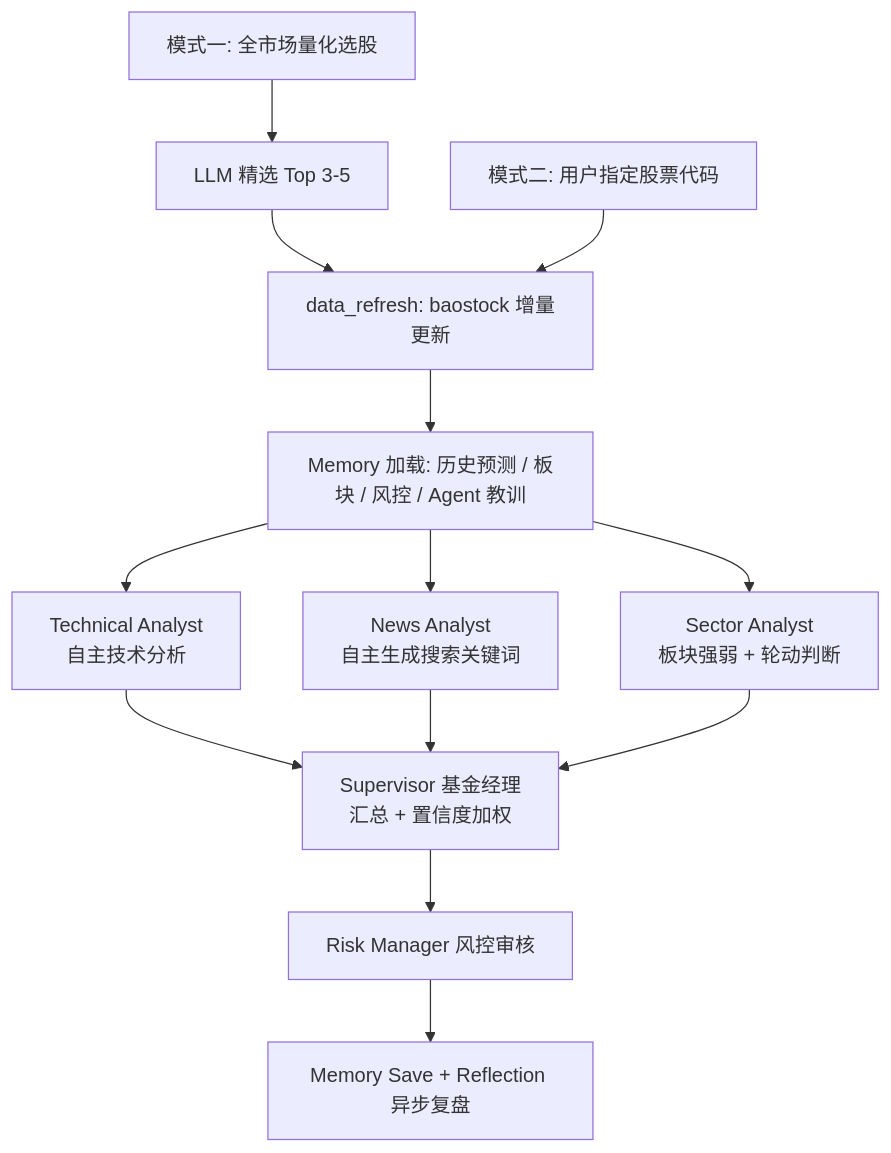
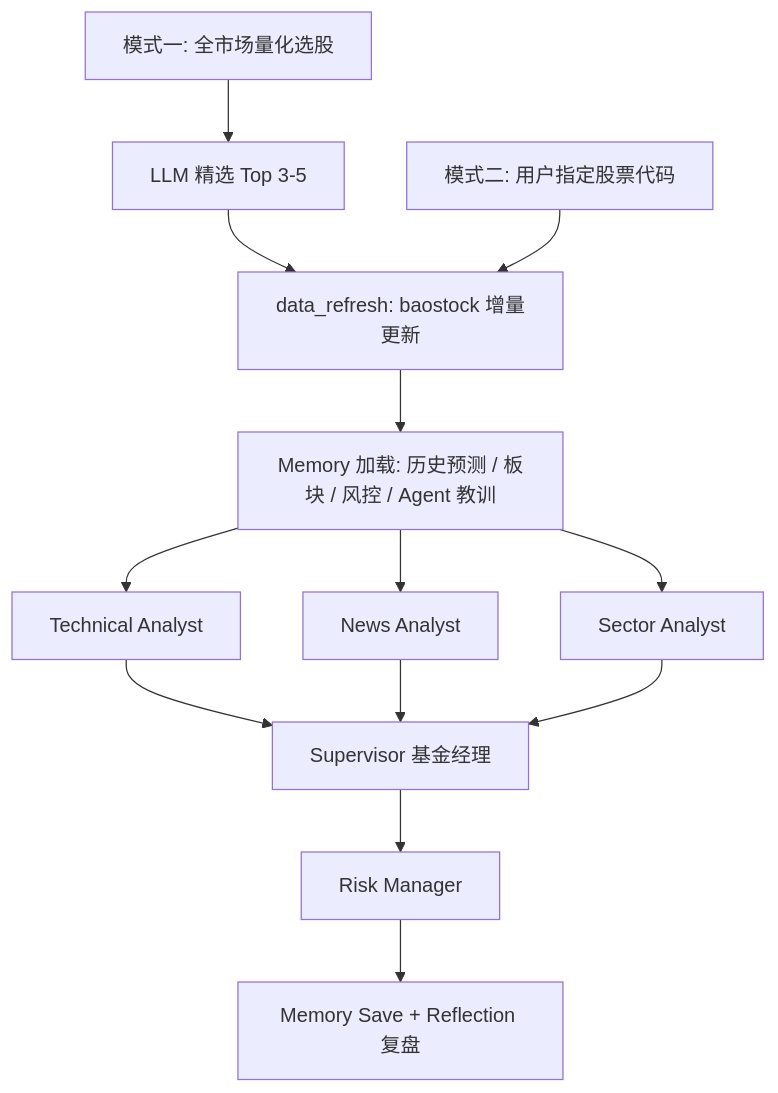
The diagram in README.md (Box0528/stock-multi-agent-system), drawn with Mermaid before and after one commit. The commit also changed other lines of this file and 13 other files, not shown here.

````diff
--- a/README.md
+++ b/README.md
@@ -17,20 +9,20 @@
 ```mermaid
 flowchart TD
     A1[模式一: 全市场量化选股] --> A2[LLM 精选 Top 3-5]
     B1[模式二: 用户指定股票代码]
 
     A2 --> C[data_refresh: baostock 增量更新]
     B1 --> C
     C --> D[Memory 加载: 历史预测 / 板块 / 风控 / Agent 教训]
 
-    D --> F1[Technical Analyst\n自主技术分析]
-    D --> F2[News Analyst\n自主生成搜索关键词]
-    D --> F3[Sector Analyst\n板块强弱 + 轮动判断]
+    D --> F1[Technical Analyst]
+    D --> F2[News Analyst]
+    D --> F3[Sector Analyst]
 
-    F1 --> G[Supervisor 基金经理\n汇总 + 置信度加权]
+    F1 --> G[Supervisor 基金经理]
     F2 --> G
     F3 --> G
 
-    G --> H[Risk Manager 风控审核]
-    H --> I[Memory Save + Reflection 异步复盘]
+    G --> H[Risk Manager]
+    H --> I[Memory Save + Reflection 复盘]
 ```
````
